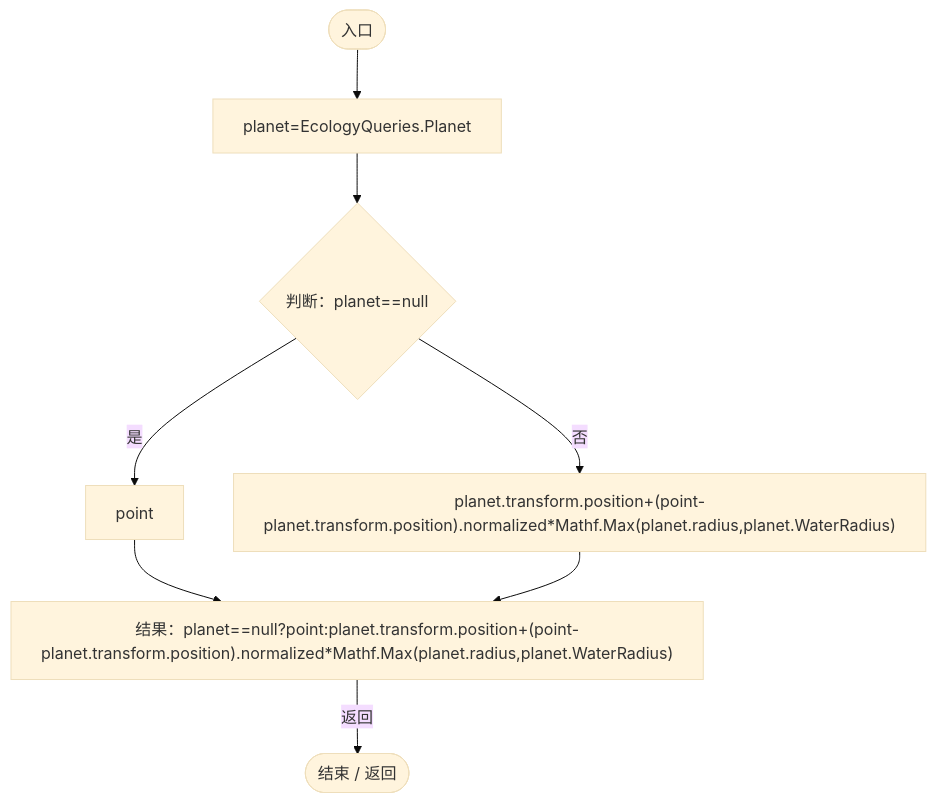
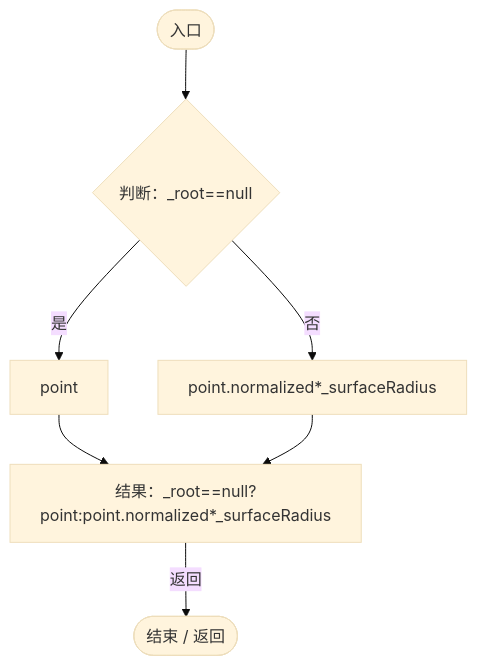
Diagram 16 of 26 in Docs/运行流程图/脚本/93d731ac01e3af48.md (xhs6666/Darwin_paradise), drawn with Mermaid (base theme) before and after one commit. The commit also changed other lines of this file and 297 other files, not shown here.

````diff
--- a/Docs/运行流程图/脚本/93d731ac01e3af48.md
+++ b/Docs/运行流程图/脚本/93d731ac01e3af48.md
@@ -289,18 +476,16 @@
 ```mermaid
 flowchart TD
   b0(["入口"])
-  b1["planet=EcologyQueries.Planet"]
-  b2{"判断：planet==null"}
-  b3["point"]
-  b4["planet.transform.position+(point-planet.transform.position).normalized*Mathf.Max(planet.radius,planet.WaterRadius)"]
-  b5["结果：planet==null?point:planet.transform.position+(point-planet.transform.position).normalized*Mathf.Max(planet.radius,planet.WaterRadius)"]
-  b6(["结束 / 返回"])
+  b1{"判断：_root==null"}
+  b2["point"]
+  b3["point.normalized*_surfaceRadius"]
+  b4["结果：_root==null?point:point.normalized*_surfaceRadius"]
+  b5(["结束 / 返回"])
   b0 --> b1
-  b1 --> b2
-  b2 -->|"是"| b3
-  b2 -->|"否"| b4
-  b3 --> b5
-  b4 --> b5
-  b5 -->|"返回"| b6
+  b1 -->|"是"| b2
+  b1 -->|"否"| b3
+  b2 --> b4
+  b3 --> b4
+  b4 -->|"返回"| b5
 
 ```
````
